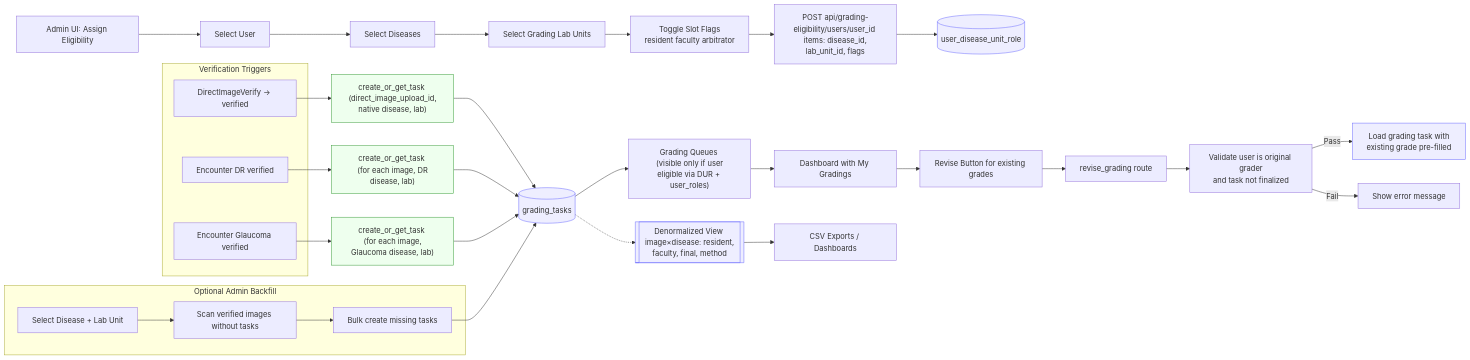
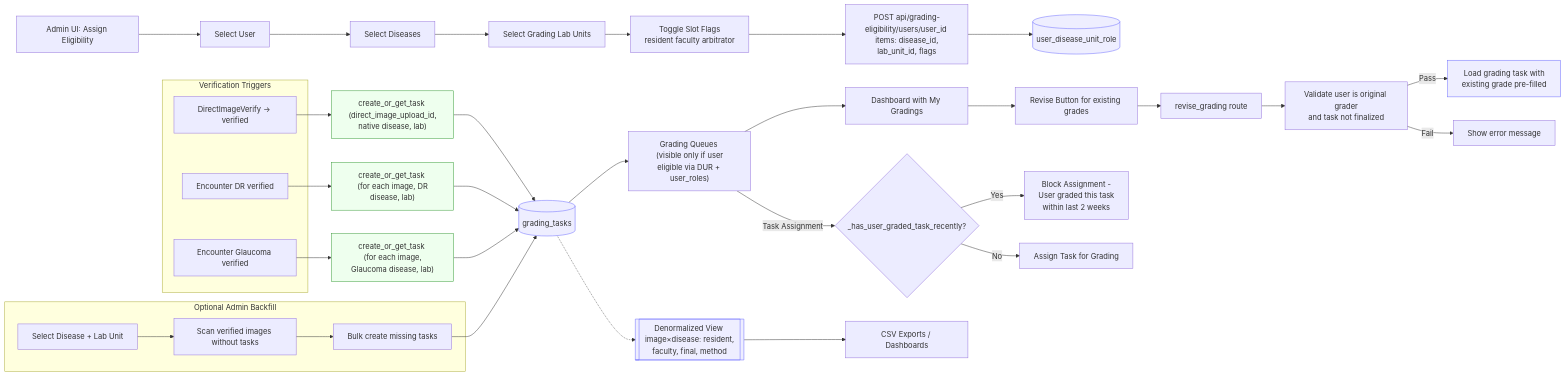
The second of 2 diagrams in TODO/dual_grading/001-overview.md (drguptavivek/fundus_img_xtract), drawn with Mermaid before and after one commit. The commit also changed other lines of this file and 1 other file, not shown here.

Commit message:
Updated documentation and grading logic for dual grading system about 2 week period logic

````diff
--- a/TODO/dual_grading/001-overview.md
+++ b/TODO/dual_grading/001-overview.md
@@ -127,49 +135,54 @@
 ```mermaid
 flowchart LR
     A["Admin UI: Assign Eligibility"] --> F1["Select User"]
     F1 --> F2["Select Diseases"]
     F2 --> F3["Select Grading Lab Units"]
     F3 --> F4["Toggle Slot Flags <br/> resident faculty arbitrator"]
     F4 --> API["POST api/grading-eligibility/users/user_id <br/> items: disease_id, lab_unit_id, flags"]
     API --> DUR[(user_disease_unit_role)]
 
     subgraph Verification Triggers
       V1[DirectImageVerify → verified]
       V2[Encounter DR verified]
       V3[Encounter Glaucoma verified]
     end
 
     V1 --> SVC1["create_or_get_task <br/> (direct_image_upload_id, native disease, lab)"]
     V2 --> SVC2["create_or_get_task <br/> (for each image, DR disease, lab)"]
     V3 --> SVC3["create_or_get_task <br/> (for each image, Glaucoma disease, lab)"]
 
     SVC1 --> GT[(grading_tasks)]
     SVC2 --> GT
     SVC3 --> GT
 
     subgraph Optional Admin Backfill
       B1["Select Disease + Lab Unit"]
       B2["Scan verified images without tasks"]
       B3["Bulk create missing tasks"]
     end
     B1 --> B2 --> B3 --> GT
 
     GT --> Q["Grading Queues <br/> (visible only if user eligible via DUR + user_roles)"]
 
     %% Dashboard and Revision
     Q --> DASH["Dashboard with My Gradings"]
     DASH --> REV["Revise Button for existing grades"]
     REV --> REVFUNC["revise_grading route"]
     REVFUNC --> REVCHECK["Validate user is original grader<br/>and task not finalized"]
     REVCHECK -->|Pass| REVFLOW["Load grading task with<br/>existing grade pre-filled"]
     REVCHECK -->|Fail| ERROR["Show error message"]
 
+    %% 2-Week Cooldown Logic
+    Q -->|Task Assignment| TWCL{_has_user_graded_task_recently?}
+    TWCL -->|Yes| BLOCK["Block Assignment - <br/>User graded this task<br/>within last 2 weeks"]
+    TWCL -->|No| ASSIGN["Assign Task for Grading"]
+
     %% Reporting/Exports
     GT -.-> VIEW[["Denormalized View <br/> image×disease: resident, faculty, final, method"]]
     VIEW --> CSV["CSV Exports / Dashboards"]
 
     classDef db fill:#eef,stroke:#66f,stroke-width:1px
     classDef svc fill:#efe,stroke:#393,stroke-width:1px
     class DUR,GT,VIEW,REVFLOW db
     class SVC1,SVC2,SVC3 svc
 ```
````
